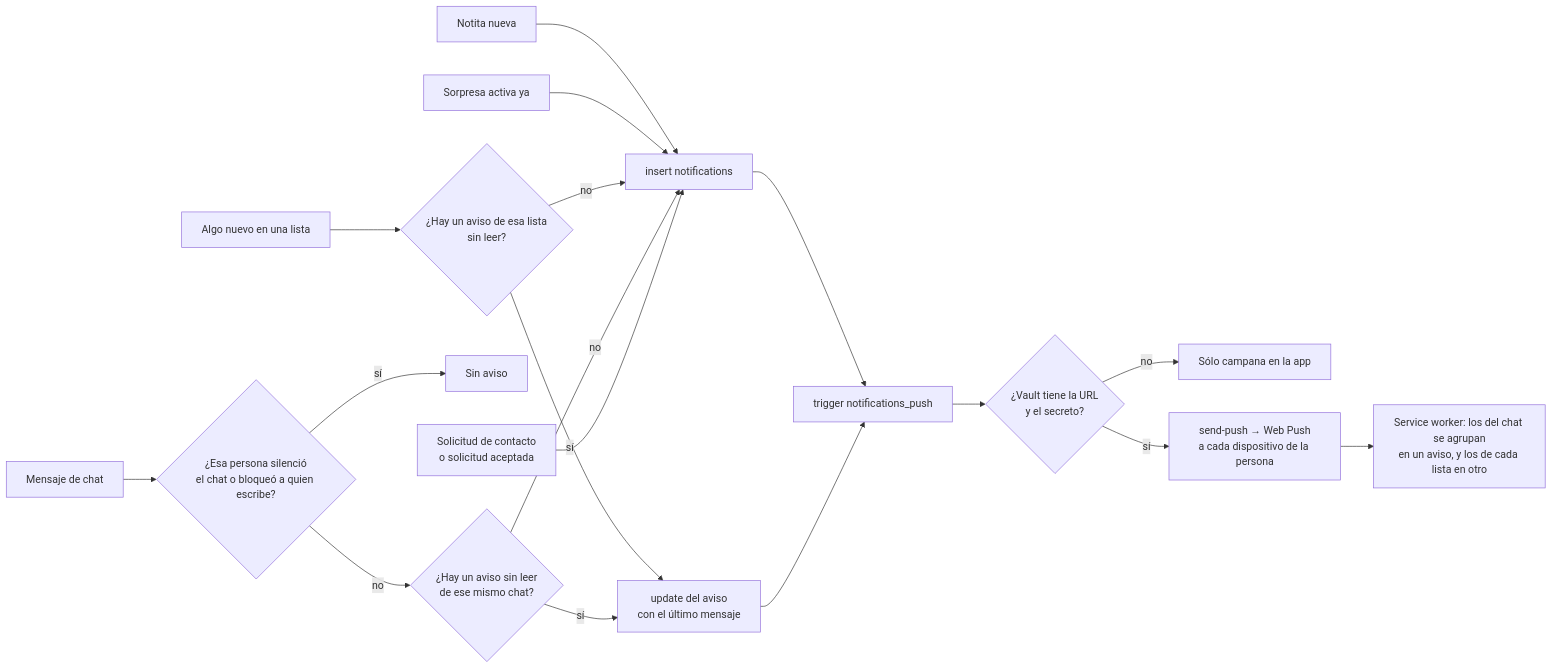
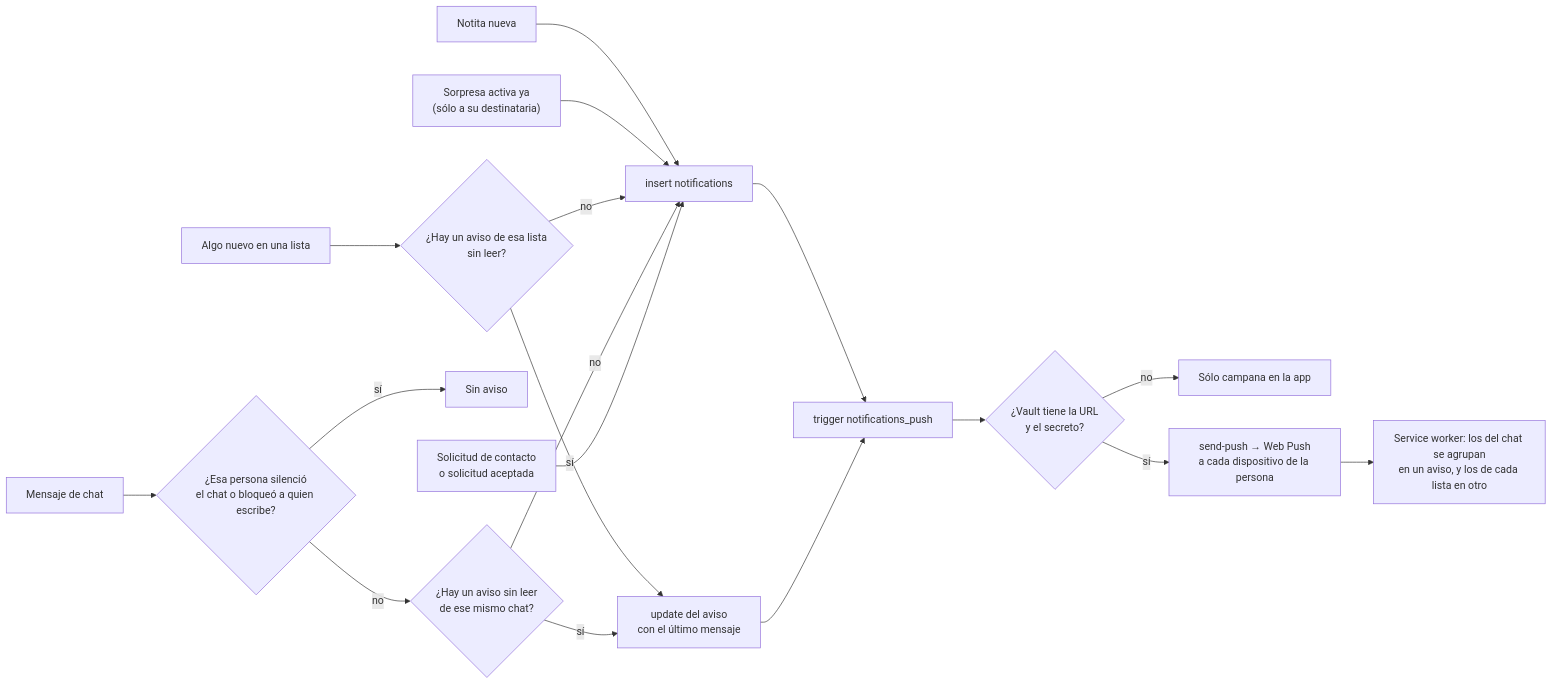
One commit to Juan-Carlos-Estevez-Vargas/Camila-Sanchez changed diagram 21 of 40 in docs/DIAGRAMAS.md. Above: the diagram before and after it, drawn with Mermaid. The commit also changed other lines of this file and 15 other files, not shown here.

````diff
--- a/docs/DIAGRAMAS.md
+++ b/docs/DIAGRAMAS.md
@@ -506,19 +507,19 @@
 ```mermaid
 flowchart LR
   N["Notita nueva"] --> INS["insert notifications"]
-  S["Sorpresa activa ya"] --> INS
+  S["Sorpresa activa ya<br/>(sólo a su destinataria)"] --> INS
   L["Algo nuevo en una lista"] --> QL{"¿Hay un aviso de esa lista<br/>sin leer?"}
   QL -- "no" --> INS
   QL -- "sí" --> UPD
   C["Mensaje de chat"] --> MU{"¿Esa persona silenció<br/>el chat o bloqueó a quien escribe?"}
   MU -- "sí" --> NADA["Sin aviso"]
   MU -- "no" --> Q{"¿Hay un aviso sin leer<br/>de ese mismo chat?"}
   Q -- "no" --> INS
   CR["Solicitud de contacto<br/>o solicitud aceptada"] --> INS
   Q -- "sí" --> UPD["update del aviso<br/>con el último mensaje"]
   INS & UPD --> T["trigger notifications_push"]
   T --> V{"¿Vault tiene la URL<br/>y el secreto?"}
   V -- "no" --> X["Sólo campana en la app"]
   V -- "sí" --> SP["send-push → Web Push<br/>a cada dispositivo de la persona"]
   SP --> SW["Service worker: los del chat se agrupan<br/>en un aviso, y los de cada lista en otro"]
 ```
````
